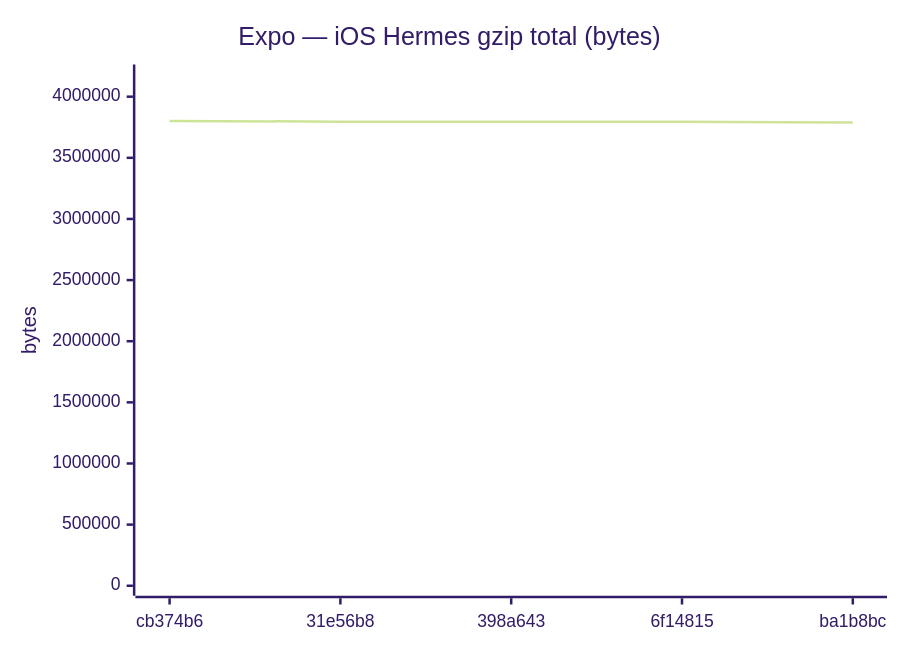
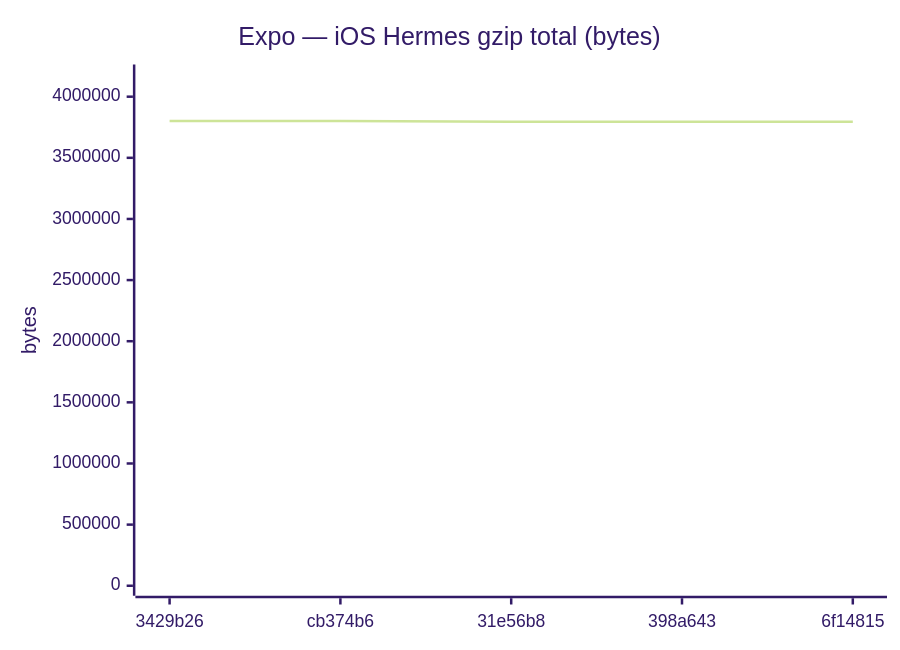
Diagram 12 of 18 in benchmarks/compare.md (Metaheurist/Rianell), drawn with Mermaid (forest theme) before and after one commit. The commit also changed other lines of this file and 11 other files, not shown here.

````diff
--- a/benchmarks/compare.md
+++ b/benchmarks/compare.md
@@ -179,7 +179,7 @@
 ```mermaid
 xychart-beta
     title "Expo — iOS Hermes gzip total (bytes)"
-    x-axis ["cb374b6", "31e56b8", "398a643", "6f14815", "ba1b8bc"]
-    y-axis "bytes" 0 --> 4181436
-    line [3801305, 3796002, 3796002, 3796005, 3788525]
+    x-axis ["3429b26", "cb374b6", "31e56b8", "398a643", "6f14815"]
+    y-axis "bytes" 0 --> 4181440
+    line [3801309, 3801305, 3796002, 3796002, 3796005]
 ```
````
